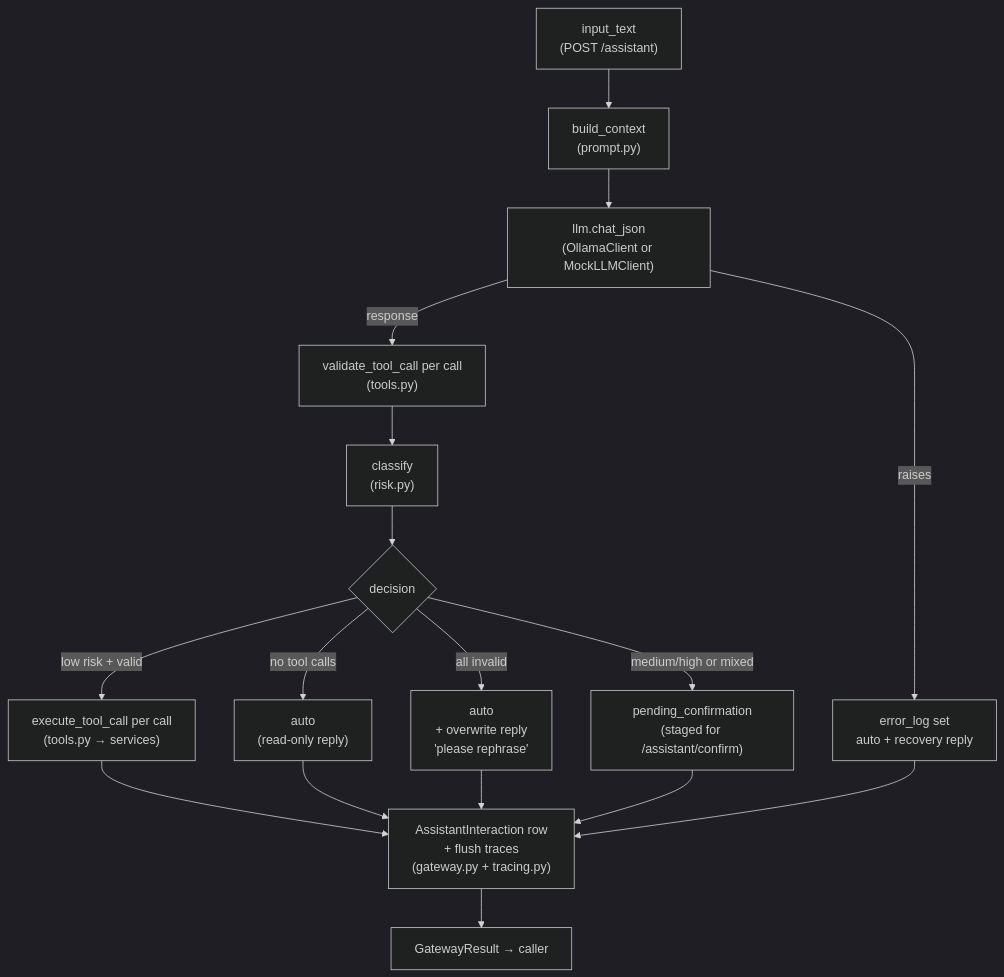
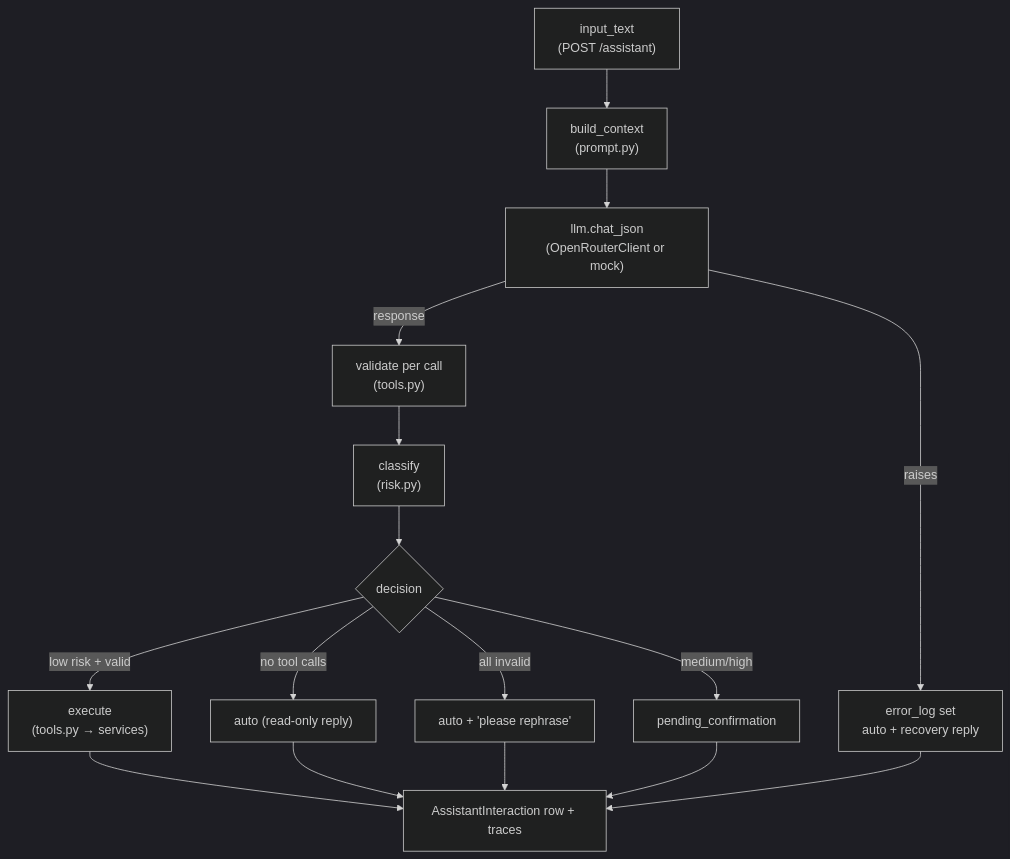
One commit to sammohan211/family-assistant changed the second of 2 diagrams in ARCHITECTURE.md. Above: the diagram before and after it, drawn with Mermaid (dark theme). The commit also changed other lines of this file and 10 other files, not shown here.

````diff
--- a/ARCHITECTURE.md
+++ b/ARCHITECTURE.md
@@ -274,19 +65,14 @@
 ```mermaid
 flowchart TD
     Input["input_text<br/>(POST /assistant)"] --> Context["build_context<br/>(prompt.py)"]
-    Context --> LLM["llm.chat_json<br/>(OllamaClient or MockLLMClient)"]
+    Context --> LLM["llm.chat_json<br/>(OpenRouterClient or mock)"]
     LLM -->|raises| Crash["error_log set<br/>auto + recovery reply"]
-    LLM -->|response| Validate["validate_tool_call per call<br/>(tools.py)"]
+    LLM -->|response| Validate["validate per call<br/>(tools.py)"]
     Validate --> Risk["classify<br/>(risk.py)"]
     Risk --> Decide{decision}
-    Decide -->|no tool calls| Auto1["auto<br/>(read-only reply)"]
-    Decide -->|all invalid| Auto2["auto<br/>+ overwrite reply<br/>'please rephrase'"]
-    Decide -->|low risk + valid| Exec["execute_tool_call per call<br/>(tools.py → services)"]
-    Decide -->|medium/high or mixed| Pending["pending_confirmation<br/>(staged for /assistant/confirm)"]
-    Exec --> Persist
-    Auto1 --> Persist
-    Auto2 --> Persist
-    Pending --> Persist
-    Crash --> Persist
-    Persist["AssistantInteraction row<br/>+ flush traces<br/>(gateway.py + tracing.py)"] --> Done["GatewayResult → caller"]
+    Decide -->|no tool calls| Auto1["auto (read-only reply)"]
+    Decide -->|all invalid| Auto2["auto + 'please rephrase'"]
+    Decide -->|low risk + valid| Exec["execute<br/>(tools.py → services)"]
+    Decide -->|medium/high| Pending["pending_confirmation"]
+    Exec & Auto1 & Auto2 & Pending & Crash --> Persist["AssistantInteraction row + traces"]
 ```
````
